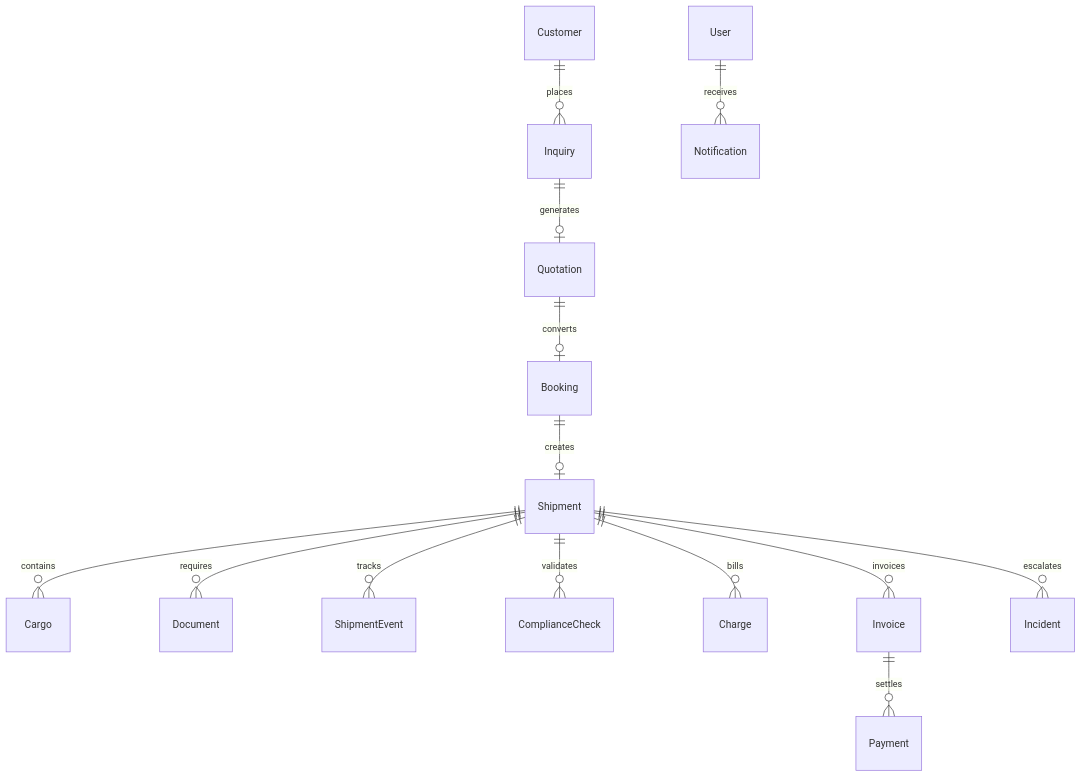
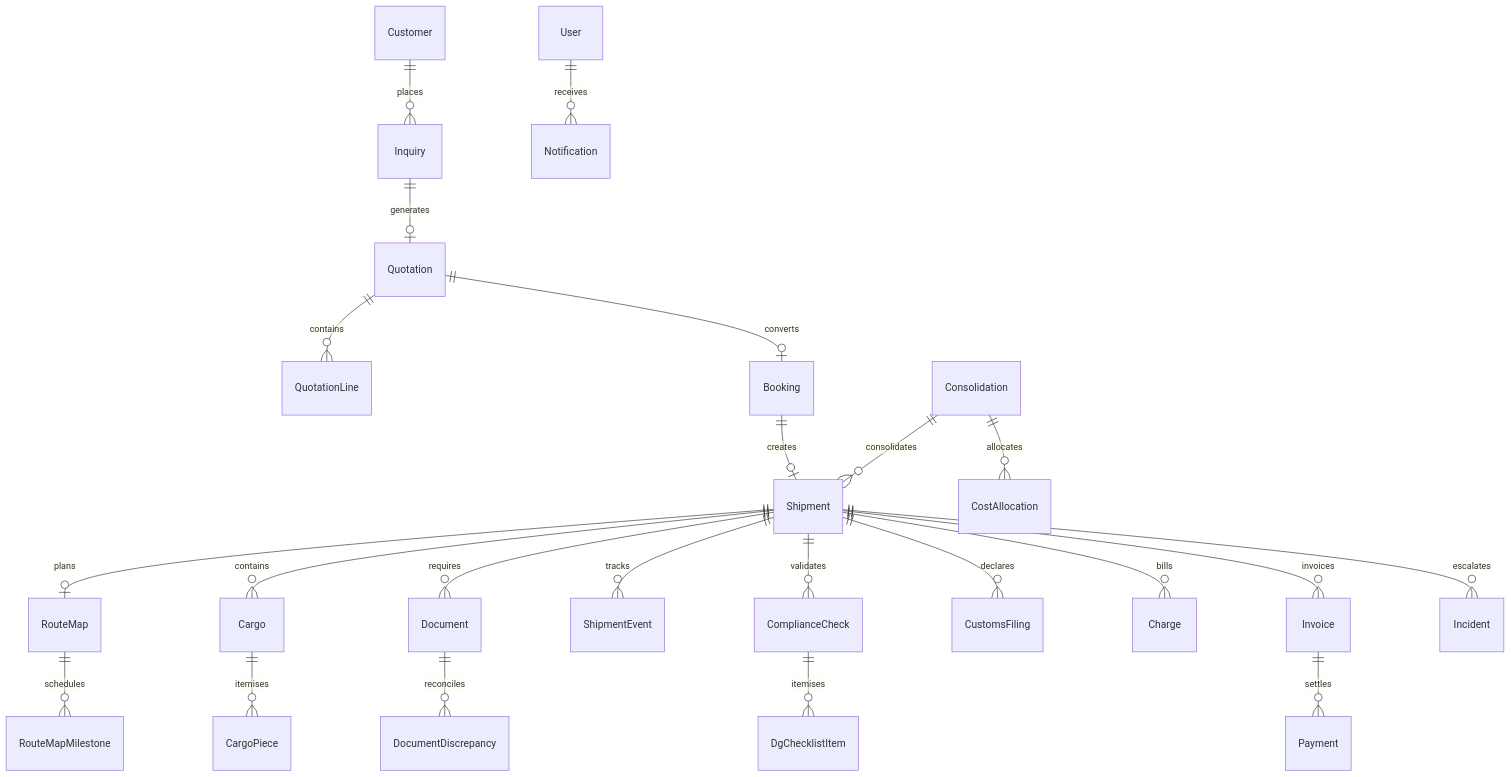
Before and after one commit to Cpreet/astra-logistics-pwa: the diagram in docs/domain-model.md, drawn with Mermaid. The commit also changed other lines of this file and 4 other files, not shown here.

````diff
--- a/docs/domain-model.md
+++ b/docs/domain-model.md
@@ -29,16 +32,25 @@
 ```mermaid
 erDiagram
   Customer ||--o{ Inquiry : places
   Inquiry ||--o| Quotation : generates
+  Quotation ||--o{ QuotationLine : contains
   Quotation ||--o| Booking : converts
   Booking ||--o| Shipment : creates
+  Shipment ||--o| RouteMap : plans
+  RouteMap ||--o{ RouteMapMilestone : schedules
   Shipment ||--o{ Cargo : contains
+  Cargo ||--o{ CargoPiece : itemises
+  Consolidation ||--o{ Shipment : consolidates
+  Consolidation ||--o{ CostAllocation : allocates
   Shipment ||--o{ Document : requires
+  Document ||--o{ DocumentDiscrepancy : reconciles
   Shipment ||--o{ ShipmentEvent : tracks
   Shipment ||--o{ ComplianceCheck : validates
+  ComplianceCheck ||--o{ DgChecklistItem : itemises
+  Shipment ||--o{ CustomsFiling : declares
   Shipment ||--o{ Charge : bills
   Shipment ||--o{ Invoice : invoices
   Invoice ||--o{ Payment : settles
   Shipment ||--o{ Incident : escalates
   User ||--o{ Notification : receives
 ```
````
